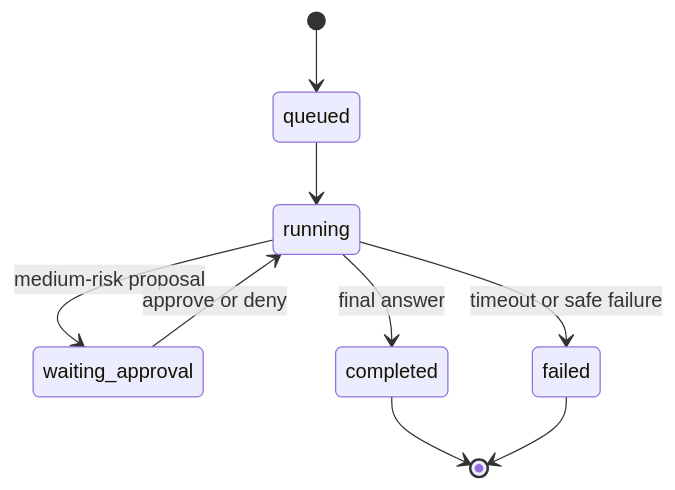
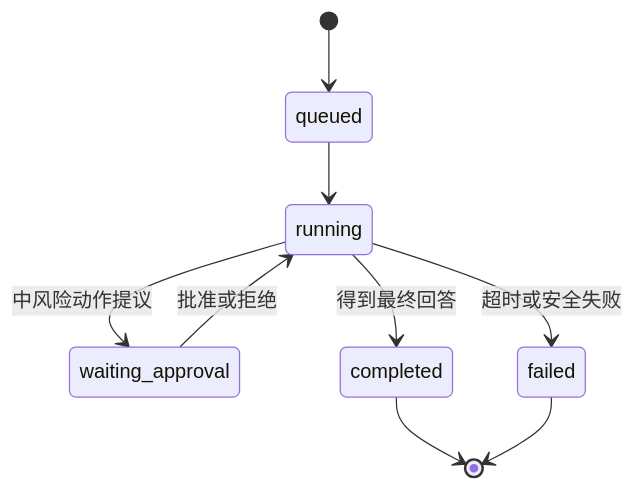
Before and after one commit to Caser-86/agentgate-control-plane: the second of 4 diagrams in docs/architecture.md, drawn with Mermaid. The commit also changed other lines of this file and 41 other files, not shown here.

````diff
--- a/docs/architecture.md
+++ b/docs/architecture.md
@@ -39,11 +39,11 @@
 ```mermaid
 stateDiagram-v2
     [*] --> queued
     queued --> running
-    running --> waiting_approval: medium-risk proposal
-    waiting_approval --> running: approve or deny
-    running --> completed: final answer
-    running --> failed: timeout or safe failure
+    running --> waiting_approval: 中风险动作提议
+    waiting_approval --> running: 批准或拒绝
+    running --> completed: 得到最终回答
+    running --> failed: 超时或安全失败
     completed --> [*]
     failed --> [*]
 ```
````
